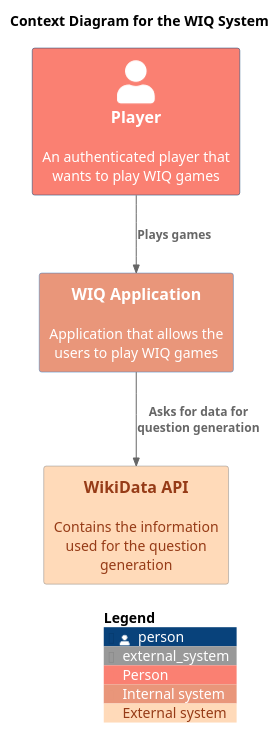
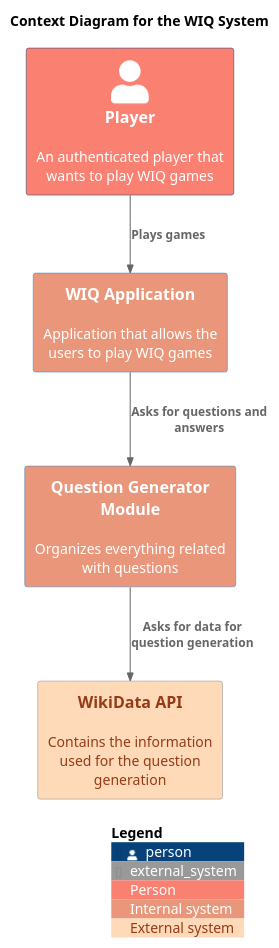
One commit to Arquisoft/wiq_en2b changed the diagram in docs/diagrams/BusinessContextDiagram.puml. Above: the diagram before and after it, drawn with PlantUML. The commit also changed 1 other file, not shown here.

Commit message:
chore: added Question Generator Module

```diff
--- a/docs/diagrams/BusinessContextDiagram.puml
+++ b/docs/diagrams/BusinessContextDiagram.puml
@@ -1,24 +1,27 @@
 @startuml
 !includeurl https://raw.githubusercontent.com/RicardoNiepel/C4-PlantUML/master/C4_Container.puml
 !include <c4/C4_Context.puml>
 
 title Context Diagram for the WIQ System
 AddElementTag("Person", $bgColor="#salmon", $fontColor="#white")
 AddElementTag("Internal system", $bgColor="#darksalmon", $fontColor="#white")
 AddElementTag("External system", $bgColor="#peachpuff", $fontColor="#963b17")
 
 AddRelTag("backup", $textColor="orange", $lineColor="orange", $lineStyle = DashedLine())
 
 
 'Containers
 Person(player, Player,"An authenticated player that wants to play WIQ games", $tags="Person")
 
 Container(wiq, "WIQ Application","", "Application that allows the users to play WIQ games", $tags="Internal system")
 
+Container(question_generator, "Question Generator Module","", "Organizes everything related with questions", $tags="Internal system")
+
 System_Ext(wikidata,"WikiData API","Contains the information used for the question generation", $tags="External system")
 
 'RELATIONS
 Rel(player,wiq,"Plays games")
-Rel(wiq,wikidata,"Asks for data for question generation")
+Rel(wiq, question_generator, "Asks for questions and answers")
+Rel(question_generator,wikidata,"Asks for data for question generation")
 SHOW_LEGEND()
 @enduml
```
